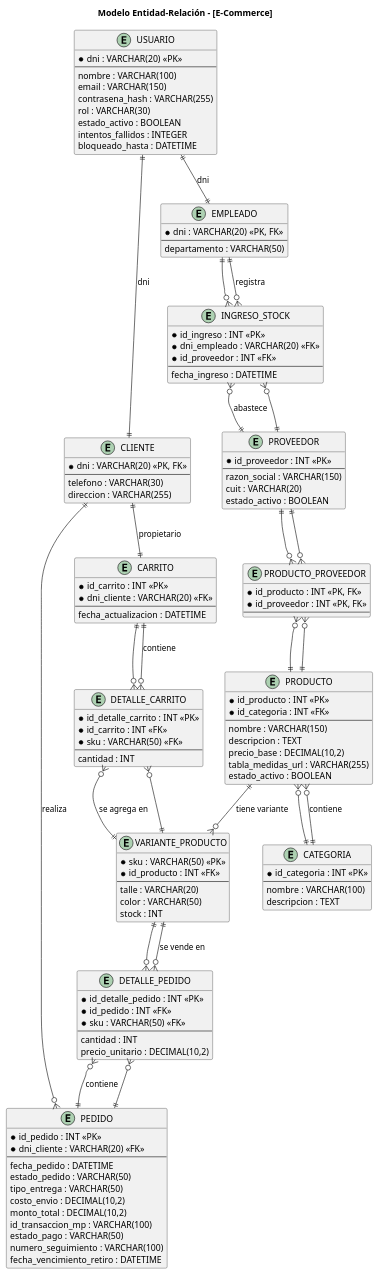
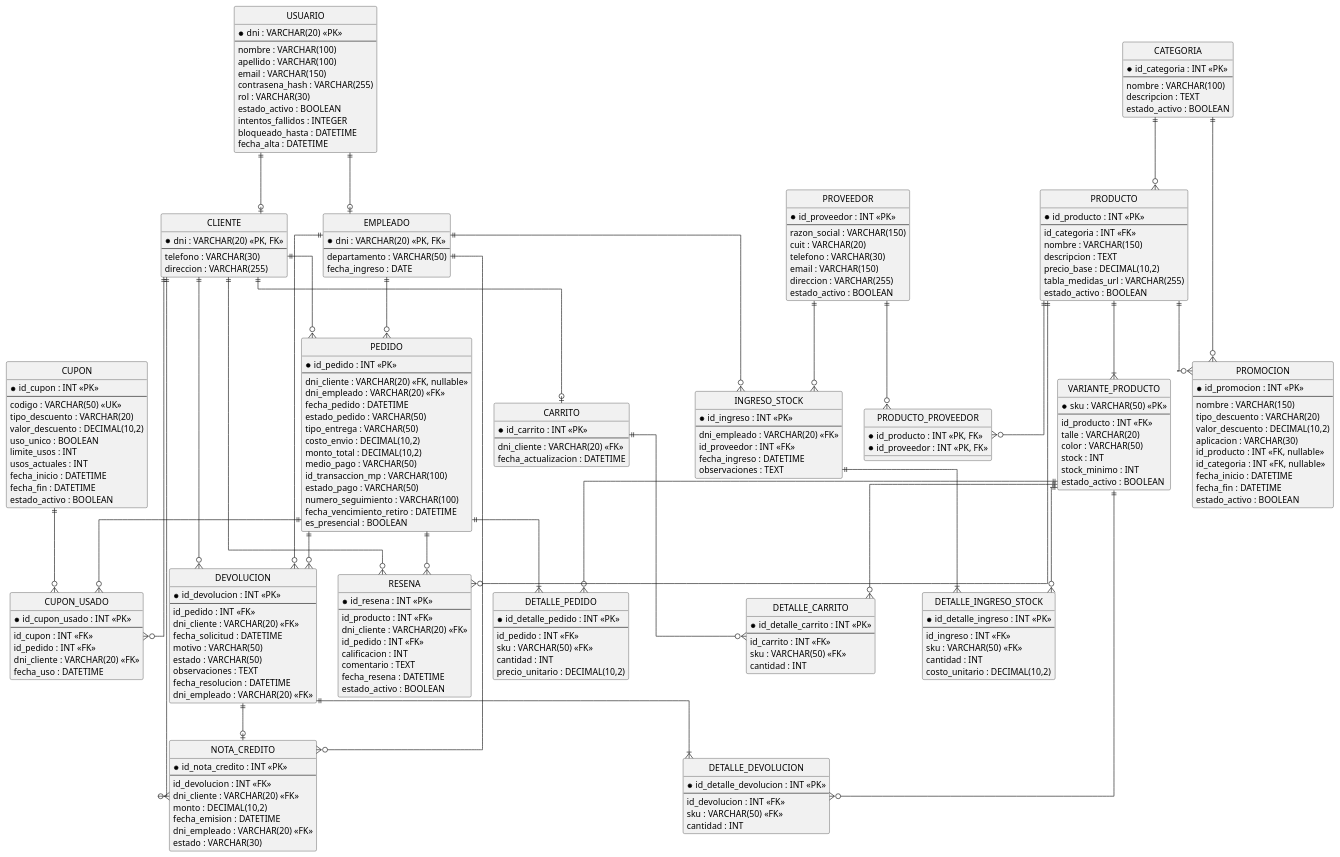
One commit to Danieljaime21/eidas-grupo05-revision changed the diagram in diagramas/er.puml. Above: the diagram before and after it, drawn with PlantUML.

Commit message:
Actualizando Modelo er

```diff
--- a/diagramas/er.puml
+++ b/diagramas/er.puml
@@ -1,17 +1,23 @@
-@startuml
-title Modelo Entidad-Relación - [E-Commerce]
+@startuml er-modelo
+' Configuración de estilos
+hide circle
+skinparam linetype ortho
+skinparam monochrome false
+skinparam shadowing false
+skinparam packageStyle rectangle
 
-' --- Entidades ---
 entity "USUARIO" as USUARIO {
   * dni : VARCHAR(20) <<PK>>
   --
   nombre : VARCHAR(100)
+  apellido : VARCHAR(100)
   email : VARCHAR(150)
   contrasena_hash : VARCHAR(255)
   rol : VARCHAR(30)
   estado_activo : BOOLEAN
   intentos_fallidos : INTEGER
   bloqueado_hasta : DATETIME
+  fecha_alta : DATETIME
 }
 
 entity "CLIENTE" as CLIENTE {
@@ -25,28 +31,7 @@
   * dni : VARCHAR(20) <<PK, FK>>
   --
   departamento : VARCHAR(50)
-}
-
-entity "CARRITO" as CARRITO {
-  * id_carrito : INT <<PK>>
-  * dni_cliente : VARCHAR(20) <<FK>>
-  --
-  fecha_actualizacion : DATETIME
-}
-
-entity "PEDIDO" as PEDIDO {
-  * id_pedido : INT <<PK>>
-  * dni_cliente : VARCHAR(20) <<FK>>
-  --
-  fecha_pedido : DATETIME
-  estado_pedido : VARCHAR(50)
-  tipo_entrega : VARCHAR(50)
-  costo_envio : DECIMAL(10,2)
-  monto_total : DECIMAL(10,2)
-  id_transaccion_mp : VARCHAR(100)
-  estado_pago : VARCHAR(50)
-  numero_seguimiento : VARCHAR(100)
-  fecha_vencimiento_retiro : DATETIME
+  fecha_ingreso : DATE
 }
 
 entity "CATEGORIA" as CATEGORIA {
@@ -54,12 +39,13 @@
   --
   nombre : VARCHAR(100)
   descripcion : TEXT
+  estado_activo : BOOLEAN
 }
 
 entity "PRODUCTO" as PRODUCTO {
   * id_producto : INT <<PK>>
-  * id_categoria : INT <<FK>>
   --
+  id_categoria : INT <<FK>>
   nombre : VARCHAR(150)
   descripcion : TEXT
   precio_base : DECIMAL(10,2)
@@ -69,11 +55,13 @@
 
 entity "VARIANTE_PRODUCTO" as VARIANTE_PRODUCTO {
   * sku : VARCHAR(50) <<PK>>
-  * id_producto : INT <<FK>>
   --
+  id_producto : INT <<FK>>
   talle : VARCHAR(20)
   color : VARCHAR(50)
   stock : INT
+  stock_minimo : INT
+  estado_activo : BOOLEAN
 }
 
 entity "PROVEEDOR" as PROVEEDOR {
@@ -81,64 +69,201 @@
   --
   razon_social : VARCHAR(150)
   cuit : VARCHAR(20)
+  telefono : VARCHAR(30)
+  email : VARCHAR(150)
+  direccion : VARCHAR(255)
   estado_activo : BOOLEAN
 }
 
 entity "PRODUCTO_PROVEEDOR" as PRODUCTO_PROVEEDOR {
   * id_producto : INT <<PK, FK>>
   * id_proveedor : INT <<PK, FK>>
-  --
-  ' Clave primaria compuesta por ambos IDs
 }
 
 entity "INGRESO_STOCK" as INGRESO_STOCK {
   * id_ingreso : INT <<PK>>
-  * dni_empleado : VARCHAR(20) <<FK>>
-  * id_proveedor : INT <<FK>>
   --
+  dni_empleado : VARCHAR(20) <<FK>>
+  id_proveedor : INT <<FK>>
   fecha_ingreso : DATETIME
+  observaciones : TEXT
+}
+
+entity "DETALLE_INGRESO_STOCK" as DETALLE_INGRESO_STOCK {
+  * id_detalle_ingreso : INT <<PK>>
+  --
+  id_ingreso : INT <<FK>>
+  sku : VARCHAR(50) <<FK>>
+  cantidad : INT
+  costo_unitario : DECIMAL(10,2)
+}
+
+entity "CARRITO" as CARRITO {
+  * id_carrito : INT <<PK>>
+  --
+  dni_cliente : VARCHAR(20) <<FK>>
+  fecha_actualizacion : DATETIME
 }
 
 entity "DETALLE_CARRITO" as DETALLE_CARRITO {
   * id_detalle_carrito : INT <<PK>>
-  * id_carrito : INT <<FK>>
-  * sku : VARCHAR(50) <<FK>>
   --
+  id_carrito : INT <<FK>>
+  sku : VARCHAR(50) <<FK>>
   cantidad : INT
+}
+
+entity "PEDIDO" as PEDIDO {
+  * id_pedido : INT <<PK>>
+  --
+  dni_cliente : VARCHAR(20) <<FK, nullable>>
+  dni_empleado : VARCHAR(20) <<FK>>
+  fecha_pedido : DATETIME
+  estado_pedido : VARCHAR(50)
+  tipo_entrega : VARCHAR(50)
+  costo_envio : DECIMAL(10,2)
+  monto_total : DECIMAL(10,2)
+  medio_pago : VARCHAR(50)
+  id_transaccion_mp : VARCHAR(100)
+  estado_pago : VARCHAR(50)
+  numero_seguimiento : VARCHAR(100)
+  fecha_vencimiento_retiro : DATETIME
+  es_presencial : BOOLEAN
 }
 
 entity "DETALLE_PEDIDO" as DETALLE_PEDIDO {
   * id_detalle_pedido : INT <<PK>>
-  * id_pedido : INT <<FK>>
-  * sku : VARCHAR(50) <<FK>>
   --
+  id_pedido : INT <<FK>>
+  sku : VARCHAR(50) <<FK>>
   cantidad : INT
   precio_unitario : DECIMAL(10,2)
 }
 
-' --- Relaciones ---
-' Sintaxis: EntidadA [cardinalidad] -- [cardinalidad] EntidadB : "etiqueta"
-USUARIO ||--|| CLIENTE : "dni"
-USUARIO ||--|| EMPLEADO : "dni"
-CLIENTE ||--|| CARRITO : "propietario"
-CLIENTE ||--o{ PEDIDO : "realiza"
-EMPLEADO ||--o{ INGRESO_STOCK : "registra"
-CATEGORIA ||--o{ PRODUCTO : "contiene"
-PRODUCTO ||--o{ VARIANTE_PRODUCTO : "tiene variante"
-PRODUCTO ||--o{ PRODUCTO_PROVEEDOR : ""
-PROVEEDOR ||--o{ PRODUCTO_PROVEEDOR : ""
-PROVEEDOR ||--o{ INGRESO_STOCK : "abastece"
-CARRITO ||--o{ DETALLE_CARRITO : "contiene"
-VARIANTE_PRODUCTO ||--o{ DETALLE_CARRITO : "se agrega en"
-PEDIDO ||--o{ DETALLE_PEDIDO : "contiene"
-VARIANTE_PRODUCTO ||--o{ DETALLE_PEDIDO : "se vende en"
-PRODUCTO }o--|| CATEGORIA : ""
-PRODUCTO_PROVEEDOR }o--|| PRODUCTO : ""
-PRODUCTO_PROVEEDOR }o--|| PROVEEDOR : ""
-DETALLE_CARRITO }o--|| CARRITO : ""
-DETALLE_CARRITO }o--|| VARIANTE_PRODUCTO : ""
-DETALLE_PEDIDO }o--|| PEDIDO : ""
-DETALLE_PEDIDO }o--|| VARIANTE_PRODUCTO : ""
-INGRESO_STOCK }o--|| EMPLEADO : ""
-INGRESO_STOCK }o--|| PROVEEDOR : ""
+entity "PROMOCION" as PROMOCION {
+  * id_promocion : INT <<PK>>
+  --
+  nombre : VARCHAR(150)
+  tipo_descuento : VARCHAR(20)
+  valor_descuento : DECIMAL(10,2)
+  aplicacion : VARCHAR(30)
+  id_producto : INT <<FK, nullable>>
+  id_categoria : INT <<FK, nullable>>
+  fecha_inicio : DATETIME
+  fecha_fin : DATETIME
+  estado_activo : BOOLEAN
+}
+
+entity "CUPON" as CUPON {
+  * id_cupon : INT <<PK>>
+  --
+  codigo : VARCHAR(50) <<UK>>
+  tipo_descuento : VARCHAR(20)
+  valor_descuento : DECIMAL(10,2)
+  uso_unico : BOOLEAN
+  limite_usos : INT
+  usos_actuales : INT
+  fecha_inicio : DATETIME
+  fecha_fin : DATETIME
+  estado_activo : BOOLEAN
+}
+
+entity "CUPON_USADO" as CUPON_USADO {
+  * id_cupon_usado : INT <<PK>>
+  --
+  id_cupon : INT <<FK>>
+  id_pedido : INT <<FK>>
+  dni_cliente : VARCHAR(20) <<FK>>
+  fecha_uso : DATETIME
+}
+
+entity "RESENA" as RESENA {
+  * id_resena : INT <<PK>>
+  --
+  id_producto : INT <<FK>>
+  dni_cliente : VARCHAR(20) <<FK>>
+  id_pedido : INT <<FK>>
+  calificacion : INT
+  comentario : TEXT
+  fecha_resena : DATETIME
+  estado_activo : BOOLEAN
+}
+
+entity "DEVOLUCION" as DEVOLUCION {
+  * id_devolucion : INT <<PK>>
+  --
+  id_pedido : INT <<FK>>
+  dni_cliente : VARCHAR(20) <<FK>>
+  fecha_solicitud : DATETIME
+  motivo : VARCHAR(50)
+  estado : VARCHAR(50)
+  observaciones : TEXT
+  fecha_resolucion : DATETIME
+  dni_empleado : VARCHAR(20) <<FK>>
+}
+
+entity "DETALLE_DEVOLUCION" as DETALLE_DEVOLUCION {
+  * id_detalle_devolucion : INT <<PK>>
+  --
+  id_devolucion : INT <<FK>>
+  sku : VARCHAR(50) <<FK>>
+  cantidad : INT
+}
+
+entity "NOTA_CREDITO" as NOTA_CREDITO {
+  * id_nota_credito : INT <<PK>>
+  --
+  id_devolucion : INT <<FK>>
+  dni_cliente : VARCHAR(20) <<FK>>
+  monto : DECIMAL(10,2)
+  fecha_emision : DATETIME
+  dni_empleado : VARCHAR(20) <<FK>>
+  estado : VARCHAR(30)
+}
+
+' Relaciones
+USUARIO ||--o| CLIENTE
+USUARIO ||--o| EMPLEADO
+
+CATEGORIA ||--o{ PRODUCTO
+PRODUCTO ||--|{ VARIANTE_PRODUCTO
+
+PRODUCTO ||--o{ PRODUCTO_PROVEEDOR
+PROVEEDOR ||--o{ PRODUCTO_PROVEEDOR
+
+EMPLEADO ||--o{ INGRESO_STOCK
+PROVEEDOR ||--o{ INGRESO_STOCK
+INGRESO_STOCK ||--|{ DETALLE_INGRESO_STOCK
+VARIANTE_PRODUCTO ||--o{ DETALLE_INGRESO_STOCK
+
+CLIENTE ||--o| CARRITO
+CARRITO ||--o{ DETALLE_CARRITO
+VARIANTE_PRODUCTO ||--o{ DETALLE_CARRITO
+
+CLIENTE ||--o{ PEDIDO
+EMPLEADO ||--o{ PEDIDO
+PEDIDO ||--|{ DETALLE_PEDIDO
+VARIANTE_PRODUCTO ||--o{ DETALLE_PEDIDO
+
+PRODUCTO ||--o{ PROMOCION
+CATEGORIA ||--o{ PROMOCION
+
+CUPON ||--o{ CUPON_USADO
+PEDIDO ||--o{ CUPON_USADO
+CLIENTE ||--o{ CUPON_USADO
+
+PRODUCTO ||--o{ RESENA
+CLIENTE ||--o{ RESENA
+PEDIDO ||--o{ RESENA
+
+PEDIDO ||--o{ DEVOLUCION
+CLIENTE ||--o{ DEVOLUCION
+EMPLEADO ||--o{ DEVOLUCION
+DEVOLUCION ||--|{ DETALLE_DEVOLUCION
+VARIANTE_PRODUCTO ||--o{ DETALLE_DEVOLUCION
+
+DEVOLUCION ||--o| NOTA_CREDITO
+CLIENTE ||--o{ NOTA_CREDITO
+EMPLEADO ||--o{ NOTA_CREDITO
+
 @enduml
```
